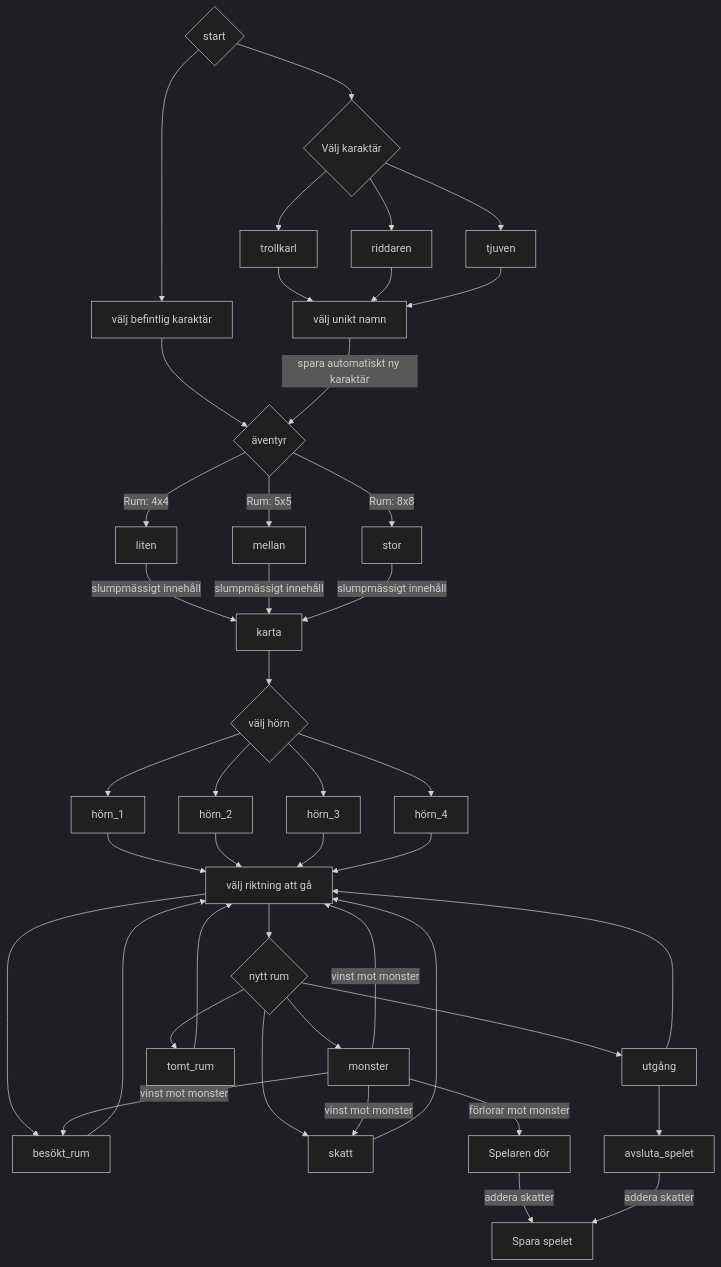
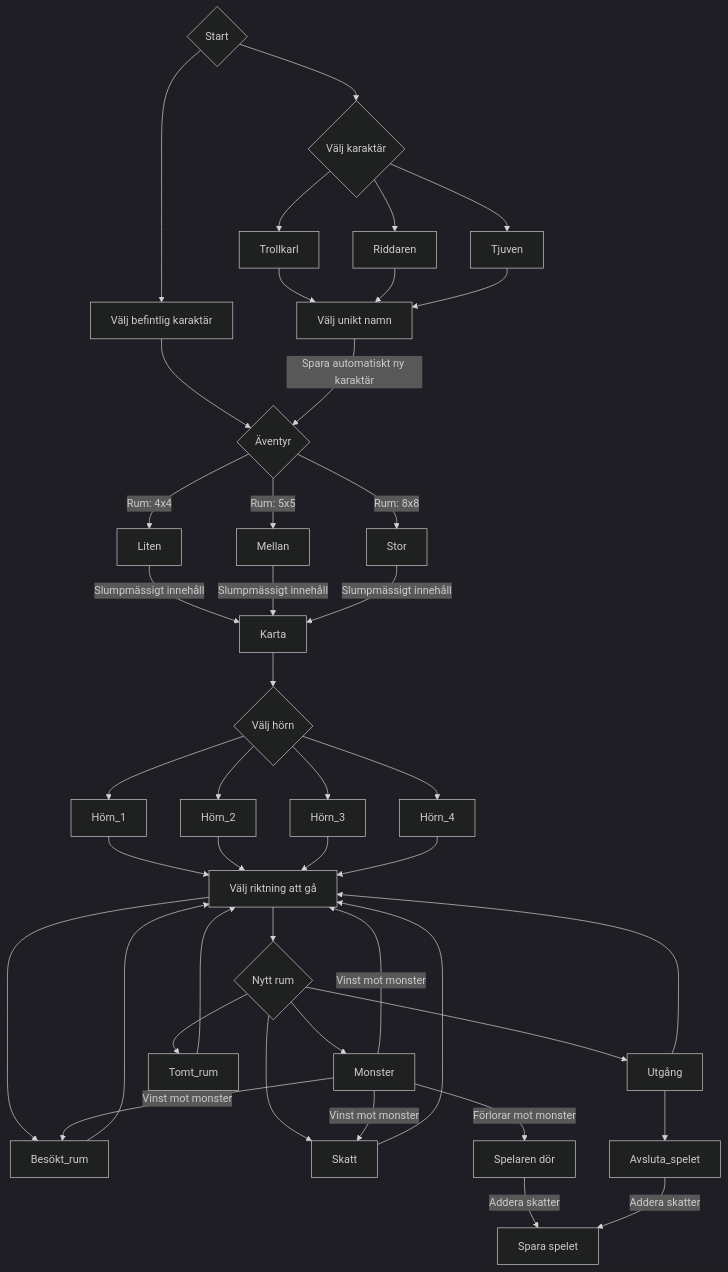
Before and after one commit to MarioKhalaf/Lag-2: the first of 2 diagrams in dungeon_run_sequence_diagram.md, drawn with Mermaid (dark theme). The commit also changed other lines of this file, not shown here.

Commit message:
New changes graph

````diff
--- a/dungeon_run_sequence_diagram.md
+++ b/dungeon_run_sequence_diagram.md
@@ -7,46 +7,46 @@
 ```mermaid
 graph TD
-    start{start} --> välj_karta{Välj karaktär}
-    start --> välj_befintlig_karaktär[välj befintlig karaktär]
-    välj_befintlig_karaktär --> äventyr
-    välj_karta --> trollkarl
-    välj_karta --> riddaren
-    välj_karta --> tjuven
-    trollkarl --> välj_namn[välj unikt namn]
-    riddaren --> välj_namn
-    tjuven --> välj_namn
-    välj_namn --> |spara automatiskt ny karaktär|äventyr{äventyr}
-    äventyr --> |Rum: 4x4|liten
-    äventyr --> |Rum: 5x5|mellan
-    äventyr --> |Rum: 8x8|stor
-    liten --> |slumpmässigt innehåll|karta
-    mellan --> |slumpmässigt innehåll|karta
-    stor --> |slumpmässigt innehåll|karta
-    karta --> välj_hörn{välj hörn}
-    välj_hörn --> hörn_1
-    välj_hörn --> hörn_2
-    välj_hörn --> hörn_3
-    välj_hörn --> hörn_4
-    hörn_1 --> riktning[välj riktning att gå]
-    hörn_2 --> riktning
-    hörn_3 --> riktning
-    hörn_4 --> riktning
-    riktning --> nytt_rum{nytt rum}
-    riktning --> besökt_rum
-    nytt_rum --> skatt
-    nytt_rum --> monster
-    nytt_rum --> utgång
-    nytt_rum --> tomt_rum
-    monster --> |vinst mot monster|skatt 
-    monster --> |vinst mot monster|besökt_rum
-    monster --> |vinst mot monster|riktning
-    monster --> |förlorar mot monster|game_over[Spelaren dör]
-    skatt --> riktning
-    game_over --> |addera skatter|spara_spelet
-    utgång --> riktning
-    utgång --> avsluta_spelet
-    avsluta_spelet --> |addera skatter|spara_spelet[Spara spelet]
-    besökt_rum --> riktning
-    tomt_rum --> riktning
+    Start{Start} --> Välj_karta{Välj karaktär}
+    Start --> Välj_befintlig_karaktär[Välj befintlig karaktär]
+    Välj_befintlig_karaktär --> Äventyr
+    Välj_karta --> Trollkarl
+    Välj_karta --> Riddaren
+    Välj_karta --> Tjuven
+    Trollkarl --> Välj_namn[Välj unikt namn]
+    Riddaren --> Välj_namn
+    Tjuven --> Välj_namn
+    Välj_namn --> |Spara automatiskt ny karaktär|Äventyr{Äventyr}
+    Äventyr --> |Rum: 4x4|Liten
+    Äventyr --> |Rum: 5x5|Mellan
+    Äventyr --> |Rum: 8x8|Stor
+    Liten --> |Slumpmässigt innehåll|Karta
+    Mellan --> |Slumpmässigt innehåll|Karta
+    Stor --> |Slumpmässigt innehåll|Karta
+    Karta --> Välj_hörn{Välj hörn}
+    Välj_hörn --> Hörn_1
+    Välj_hörn --> Hörn_2
+    Välj_hörn --> Hörn_3
+    Välj_hörn --> Hörn_4
+    Hörn_1 --> Riktning[Välj riktning att gå]
+    Hörn_2 --> Riktning
+    Hörn_3 --> Riktning
+    Hörn_4 --> Riktning
+    Riktning --> Nytt_rum{Nytt rum}
+    Riktning --> Besökt_rum
+    Nytt_rum --> Skatt
+    Nytt_rum --> Monster
+    Nytt_rum --> Utgång
+    Nytt_rum --> Tomt_rum
+    Monster --> |Vinst mot monster|Skatt 
+    Monster --> |Vinst mot monster|Besökt_rum
+    Monster --> |Vinst mot monster|Riktning
+    Monster --> |Förlorar mot monster|Game_over[Spelaren dör]
+    Skatt --> Riktning
+    Game_over --> |Addera skatter|Spara_spelet
+    Utgång --> Riktning
+    Utgång --> Avsluta_spelet
+    Avsluta_spelet --> |Addera skatter|Spara_spelet[Spara spelet]
+    Besökt_rum --> Riktning
+    Tomt_rum --> Riktning
 
 ```
````
